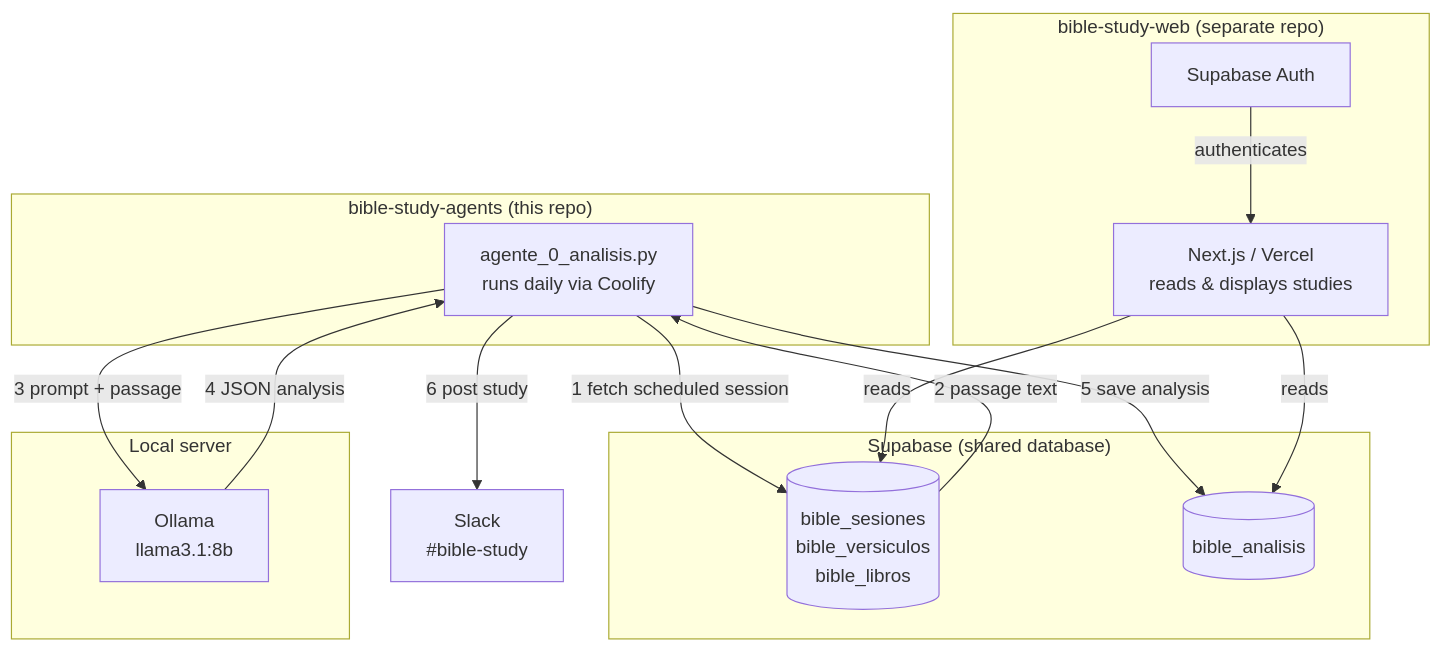
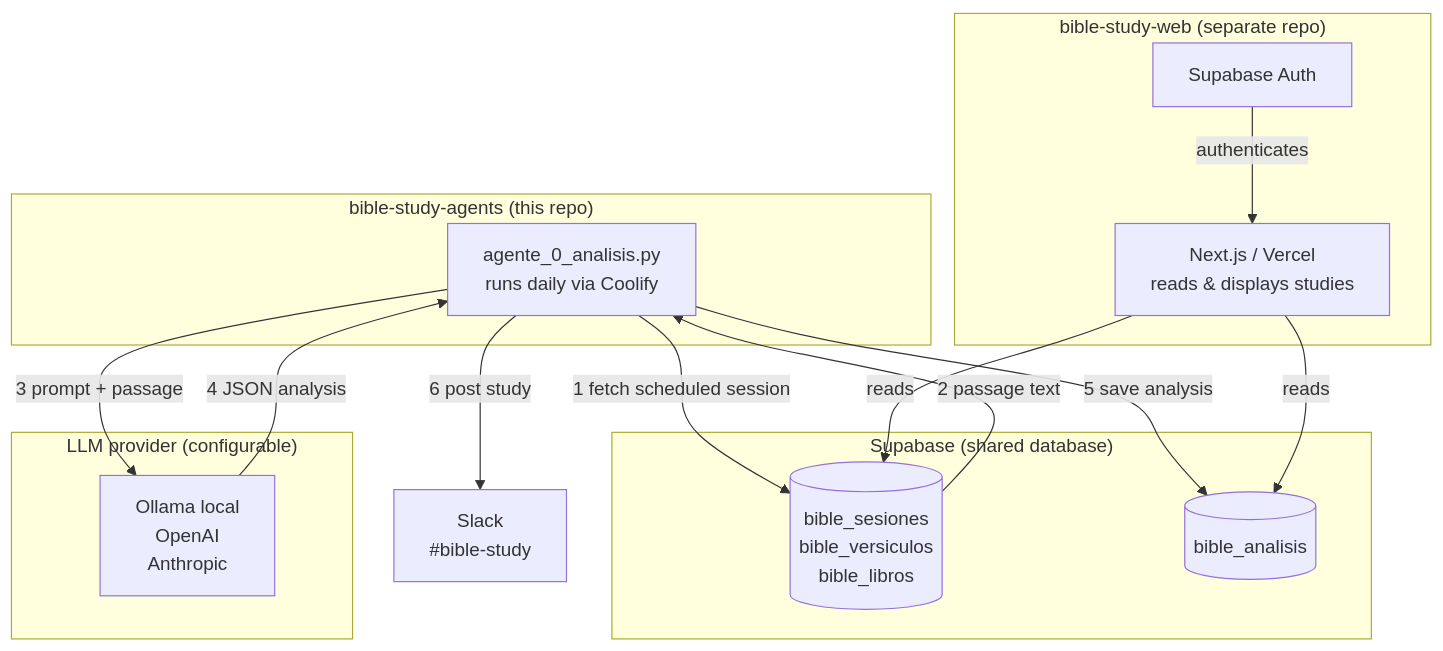
Before and after one commit to dajomar/bible-study-agents: the diagram in README.md, drawn with Mermaid. The commit also changed other lines of this file and 3 other files, not shown here.

First line of the commit message:
feat: multi-provider LLM support (Ollama, OpenAI, Anthropic)

````diff
--- a/README.md
+++ b/README.md
@@ -11,32 +11,32 @@
 ```mermaid
 graph TD
     subgraph "bible-study-agents (this repo)"
         A[agente_0_analisis.py<br/>runs daily via Coolify]
     end
 
     subgraph "Supabase (shared database)"
         B[(bible_sesiones<br/>bible_versiculos<br/>bible_libros)]
         C[(bible_analisis)]
     end
 
-    subgraph "Local server"
-        D[Ollama<br/>llama3.1:8b]
+    subgraph "LLM provider (configurable)"
+        D[Ollama local<br/>OpenAI<br/>Anthropic]
     end
 
     subgraph "bible-study-web (separate repo)"
         E[Next.js / Vercel<br/>reads & displays studies]
         F[Supabase Auth]
     end
 
     G[Slack<br/>#bible-study]
 
     A -->|1 fetch scheduled session| B
     B -->|2 passage text| A
     A -->|3 prompt + passage| D
     D -->|4 JSON analysis| A
     A -->|5 save analysis| C
     A -->|6 post study| G
     E -->|reads| C
     E -->|reads| B
     F -->|authenticates| E
 ```
````
